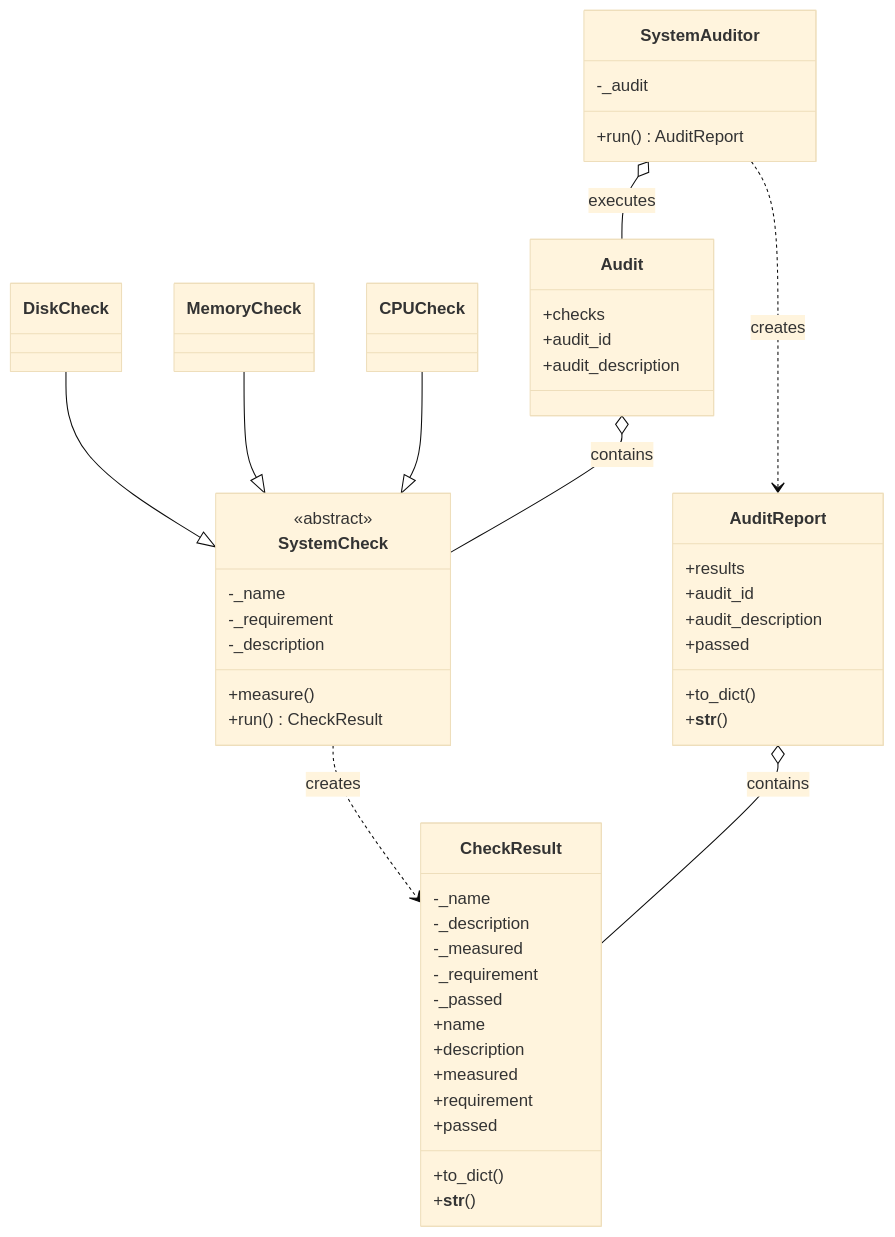
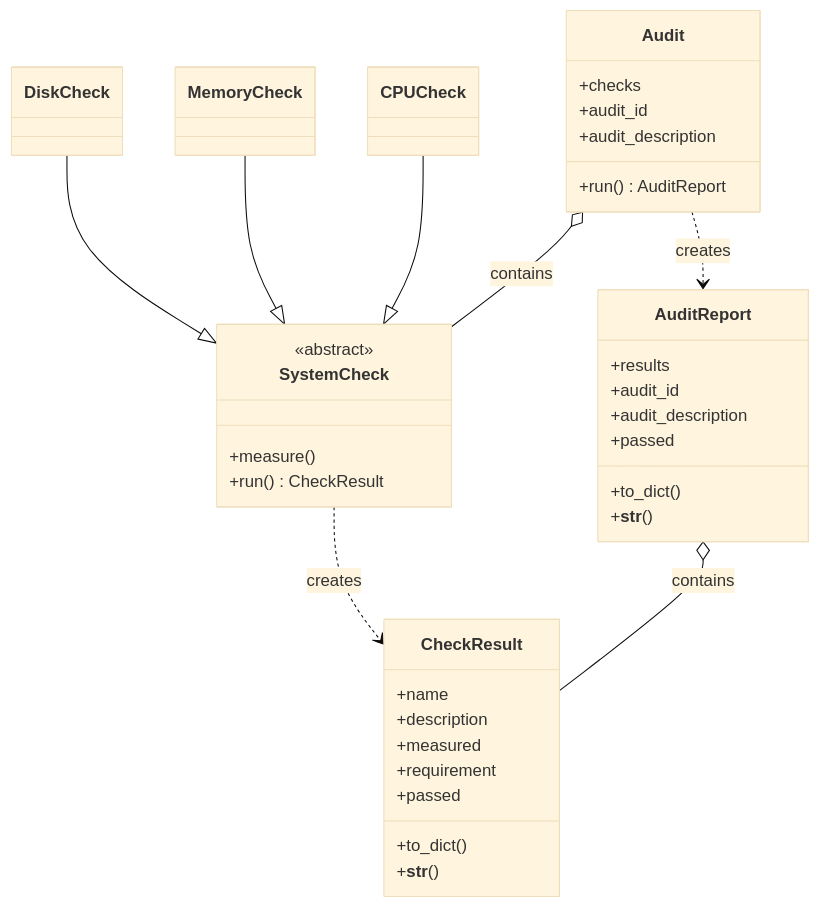
Before and after one commit to ACIT2515/student_202630: the diagram in projects/system_auditor/system_auditor_p01_student.md, drawn with Mermaid (base theme). The commit also changed other lines of this file and 8 other files, not shown here.

Commit message:
refactor system auditor project part 01

````diff
--- a/projects/system_auditor/system_auditor_p01_student.md
+++ b/projects/system_auditor/system_auditor_p01_student.md
@@ -174,59 +184,46 @@
 ```mermaid
 classDiagram
     class SystemCheck {
         <<abstract>>
-        -_name
-        -_requirement
-        -_description
         +measure()
         +run() CheckResult
     }
 
     class DiskCheck
     class MemoryCheck
     class CPUCheck
 
     class CheckResult {
-        -_name
-        -_description
-        -_measured
-        -_requirement
-        -_passed
         +name
         +description
         +measured
         +requirement
         +passed
         +to_dict()
         +__str__()
     }
 
     class Audit {
         +checks
         +audit_id
         +audit_description
-    }
-
-    class SystemAuditor {
-        -_audit
         +run() AuditReport
     }
 
     class AuditReport {
         +results
         +audit_id
         +audit_description
         +passed
         +to_dict()
         +__str__()
     }
 
     DiskCheck --|> SystemCheck
     MemoryCheck --|> SystemCheck
     CPUCheck --|> SystemCheck
     SystemCheck ..> CheckResult : creates
     Audit o-- SystemCheck : contains
-    SystemAuditor o-- Audit : executes
-    SystemAuditor ..> AuditReport : creates
+    Audit ..> AuditReport : creates
     AuditReport o-- CheckResult : contains
 ```
````
